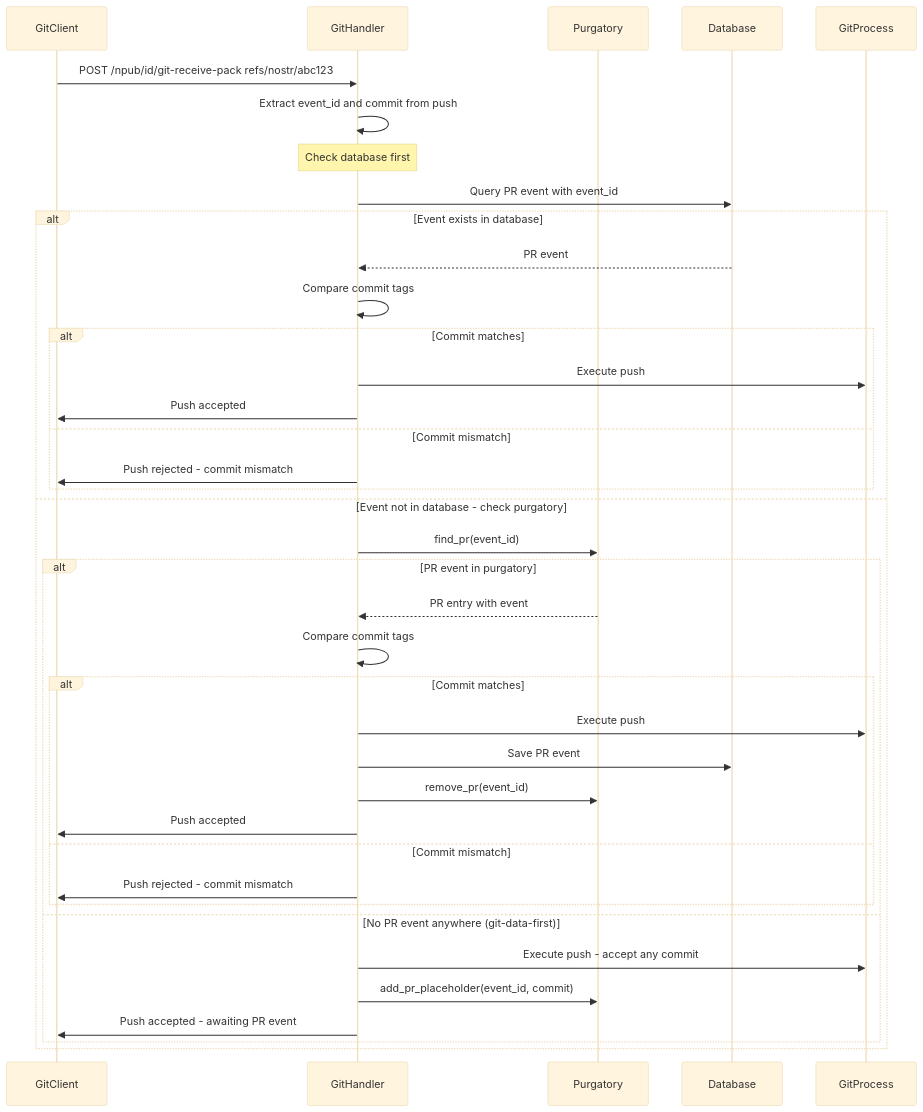
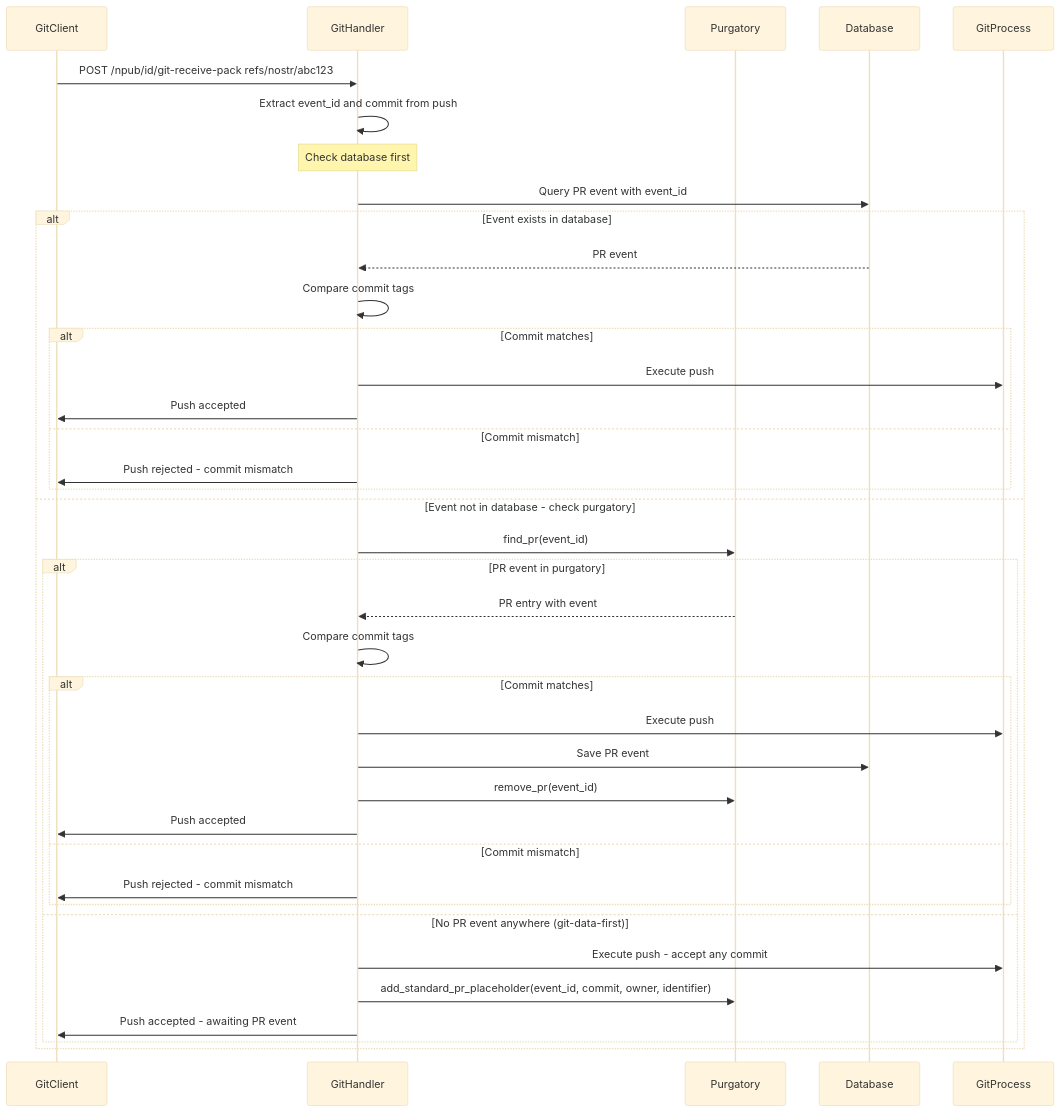
The fourth of 4 diagrams in docs/explanation/purgatory-design.md (SovereignTechnology/grasp-p), drawn with Mermaid (base theme) before and after one commit. The commit also changed other lines of this file and 8 other files, not shown here.

````diff
--- a/docs/explanation/purgatory-design.md
+++ b/docs/explanation/purgatory-design.md
@@ -562,44 +562,44 @@
 ```mermaid
 sequenceDiagram
     participant GitClient
     participant GitHandler
     participant Purgatory
     participant Database
     participant GitProcess
 
     GitClient->>GitHandler: POST /npub/id/git-receive-pack refs/nostr/abc123
     GitHandler->>GitHandler: Extract event_id and commit from push
     
     Note over GitHandler: Check database first
     GitHandler->>Database: Query PR event with event_id
     
     alt Event exists in database
         Database-->>GitHandler: PR event
         GitHandler->>GitHandler: Compare commit tags
         alt Commit matches
             GitHandler->>GitProcess: Execute push
             GitHandler->>GitClient: Push accepted
         else Commit mismatch
             GitHandler->>GitClient: Push rejected - commit mismatch
         end
     else Event not in database - check purgatory
         GitHandler->>Purgatory: find_pr(event_id)
         
         alt PR event in purgatory
             Purgatory-->>GitHandler: PR entry with event
             GitHandler->>GitHandler: Compare commit tags
             alt Commit matches
                 GitHandler->>GitProcess: Execute push
                 GitHandler->>Database: Save PR event
                 GitHandler->>Purgatory: remove_pr(event_id)
                 GitHandler->>GitClient: Push accepted
             else Commit mismatch
                 GitHandler->>GitClient: Push rejected - commit mismatch
             end
         else No PR event anywhere (git-data-first)
             GitHandler->>GitProcess: Execute push - accept any commit
-            GitHandler->>Purgatory: add_pr_placeholder(event_id, commit)
+            GitHandler->>Purgatory: add_standard_pr_placeholder(event_id, commit, owner, identifier)
             GitHandler->>GitClient: Push accepted - awaiting PR event
         end
     end
 ```
````
